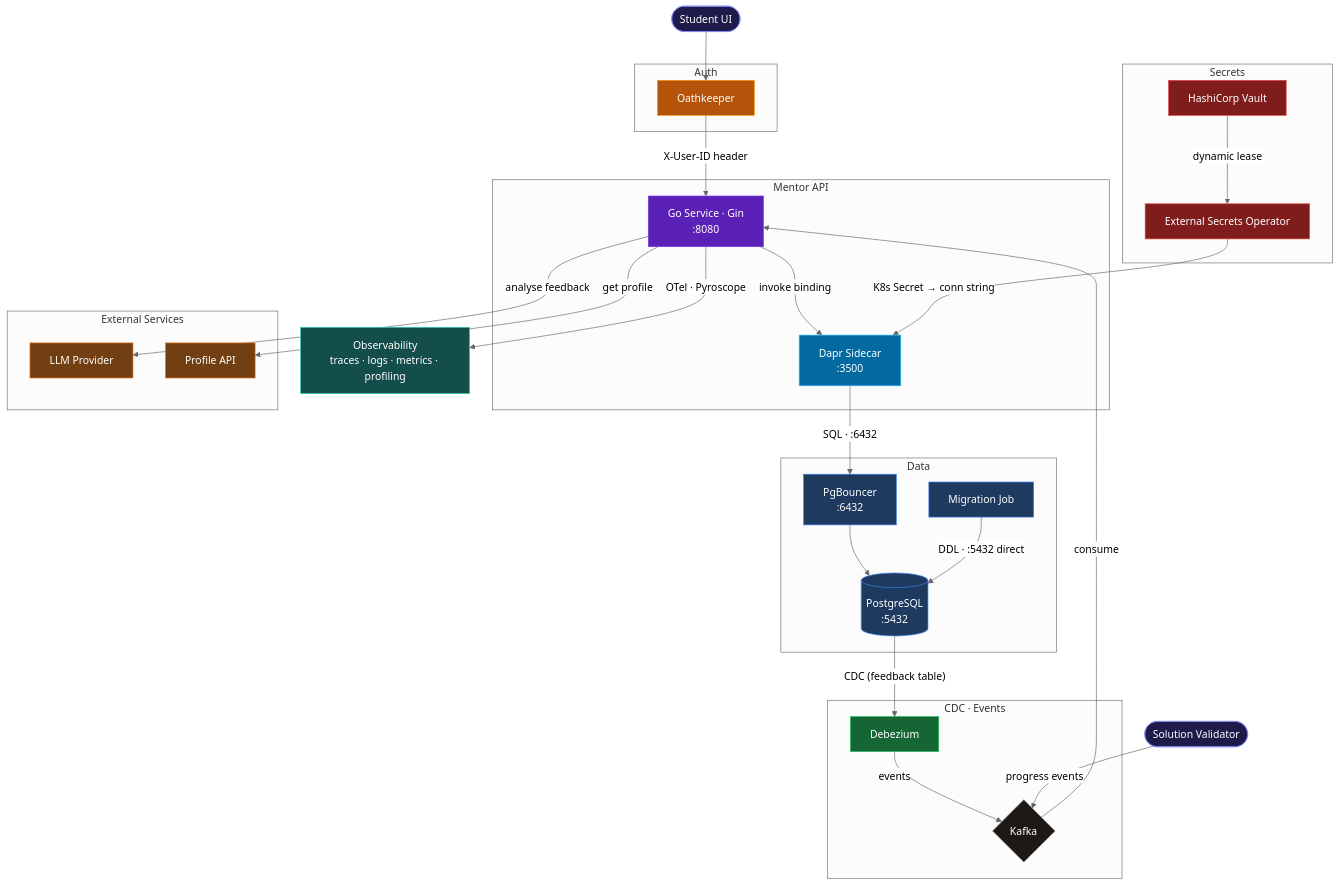
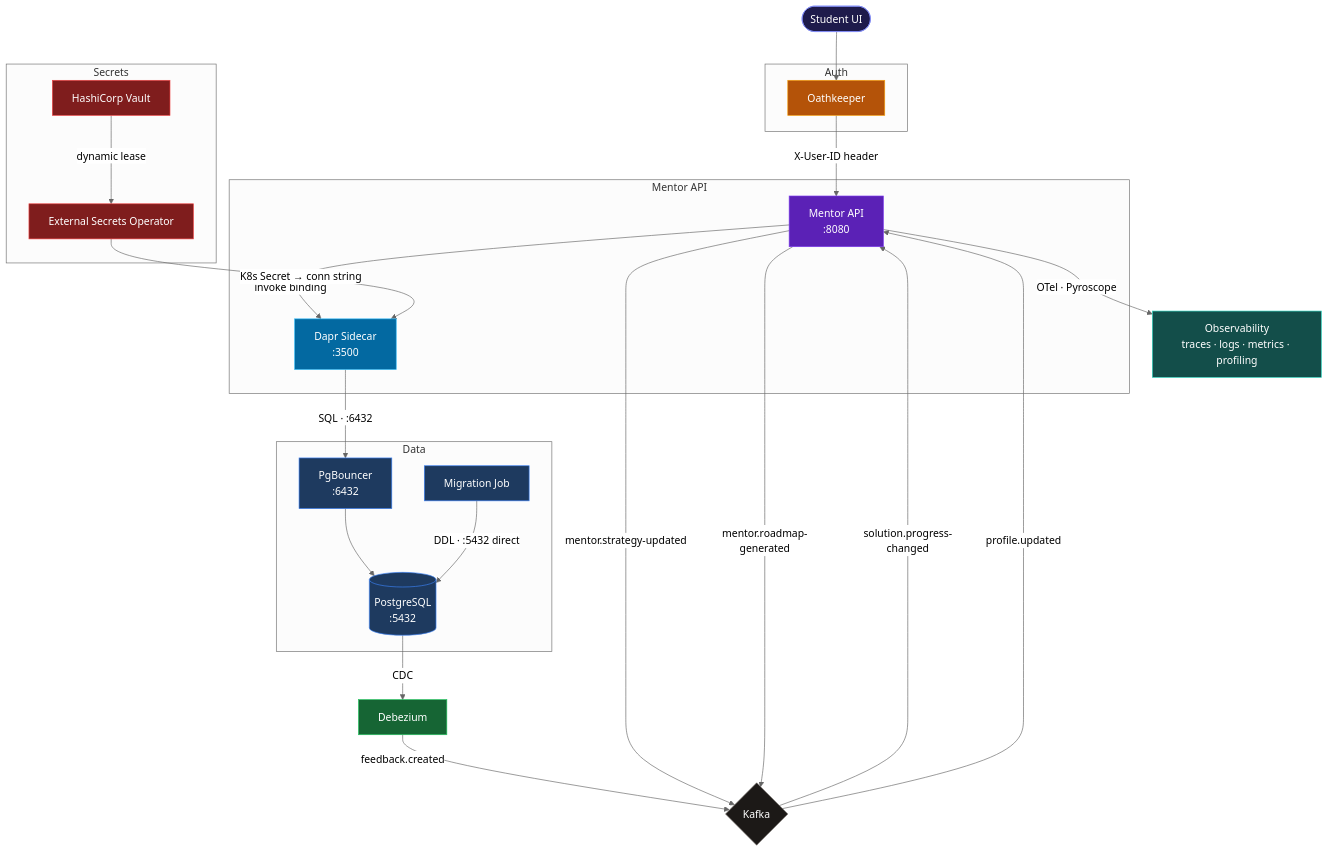
One commit to MathTrail/mentor-api changed the diagram in README.md. Above: the diagram before and after it, drawn with Mermaid (neutral theme).

````diff
--- a/README.md
+++ b/README.md
@@ -36,79 +36,68 @@
 ```mermaid
 graph TD
     User([Student UI])
-    Validator([Solution Validator])
 
     subgraph auth [" Auth "]
         OK[Oathkeeper]
     end
 
     subgraph app [" Mentor API "]
-        HTTP["Go Service · Gin\n:8080"]
+        App["Mentor API\n:8080"]
         Sidecar["Dapr Sidecar\n:3500"]
-    end
-
-    subgraph external [" External Services "]
-        LLM[LLM Provider]
-        ProfileSvc[Profile API]
     end
 
     subgraph data [" Data "]
         PGB["PgBouncer\n:6432"]
         PG[("PostgreSQL\n:5432")]
         MigJob["Migration Job"]
     end
 
-    subgraph cdc [" CDC · Events "]
-        Deb[Debezium]
-        Kfk{"Kafka"}
-    end
-
     subgraph secrets [" Secrets "]
         Vault["HashiCorp Vault"]
         ESO["External Secrets Operator"]
     end
 
+    Deb[Debezium]
+    Kfk{Kafka}
     Obs["Observability\ntraces · logs · metrics · profiling"]
 
     User --> OK
-    OK -->|"X-User-ID header"| HTTP
-    HTTP -->|"invoke binding"| Sidecar
+    OK -->|"X-User-ID header"| App
+    App -->|"invoke binding"| Sidecar
     Sidecar -->|"SQL · :6432"| PGB
     PGB --> PG
     MigJob -->|"DDL · :5432 direct"| PG
 
-    PG -->|"CDC (feedback table)"| Deb
-    Deb -->|events| Kfk
-    Validator -->|"progress events"| Kfk
-    Kfk -->|"consume"| HTTP
+    PG -->|"CDC"| Deb
+    Deb -->|"feedback.created"| Kfk
 
-    HTTP -->|"analyse feedback"| LLM
-    HTTP -->|"get profile"| ProfileSvc
+    Kfk -->|"solution.progress-changed"| App
+    Kfk -->|"profile.updated"| App
+    App -->|"mentor.strategy-updated"| Kfk
+    App -->|"mentor.roadmap-generated"| Kfk
 
     Vault -->|"dynamic lease"| ESO
     ESO -->|"K8s Secret → conn string"| Sidecar
 
-    HTTP -->|"OTel · Pyroscope"| Obs
+    App -->|"OTel · Pyroscope"| Obs
 
     classDef svc fill:#5b21b6,stroke:#7c3aed,color:#fff
     classDef dapr fill:#0369a1,stroke:#38bdf8,color:#fff
     classDef authCls fill:#b45309,stroke:#f59e0b,color:#fff
     classDef dataCls fill:#1e3a5f,stroke:#3b82f6,color:#fff
     classDef cdcCls fill:#166534,stroke:#22c55e,color:#fff
     classDef eventCls fill:#1c1917,stroke:#78716c,color:#fff
     classDef secretCls fill:#7f1d1d,stroke:#ef4444,color:#fff
     classDef obsCls fill:#134e4a,stroke:#2dd4bf,color:#fff
-    classDef extCls fill:#713f12,stroke:#f97316,color:#fff
     classDef actorCls fill:#1e1b4b,stroke:#818cf8,color:#fff
 
-    class HTTP svc
+    class App svc
     class Sidecar dapr
     class OK authCls
     class PGB,PG,MigJob dataCls
     class Deb cdcCls
     class Kfk eventCls
     class Vault,ESO secretCls
     class Obs obsCls
-    class LLM,ProfileSvc extCls
-    class User,Validator actorCls
+    class User actorCls
 ```
````
